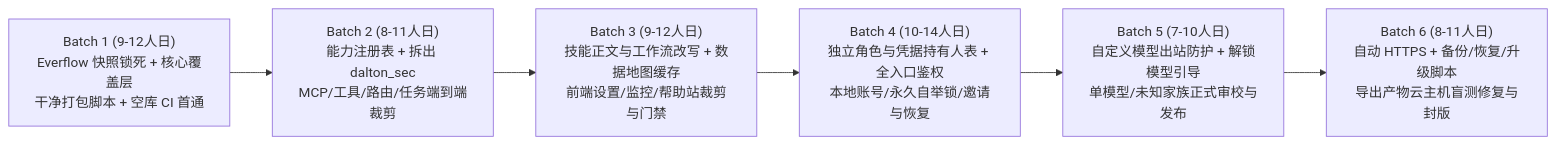
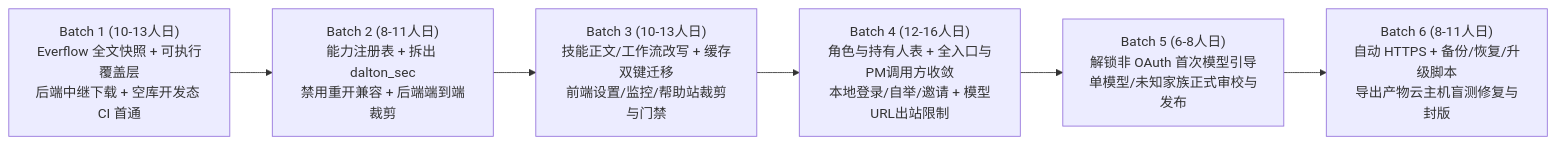
Before and after one commit to everflowinv/dalton-langalpha: the third of 3 diagrams in docs/dalton/features/standalone-core.md, drawn with Mermaid. The commit also changed other lines of this file, not shown here.

````diff
--- a/docs/dalton/features/standalone-core.md
+++ b/docs/dalton/features/standalone-core.md
@@ -368,8 +367,8 @@
 ```mermaid
 flowchart LR
-    B1["Batch 1 (9-12人日)<br/>Everflow 快照锁死 + 核心覆盖层<br/>干净打包脚本 + 空库 CI 首通"] --> B2["Batch 2 (8-11人日)<br/>能力注册表 + 拆出 dalton_sec<br/>MCP/工具/路由/任务端到端裁剪"]
-    B2 --> B3["Batch 3 (9-12人日)<br/>技能正文与工作流改写 + 数据地图缓存<br/>前端设置/监控/帮助站裁剪与门禁"]
-    B3 --> B4["Batch 4 (10-14人日)<br/>独立角色与凭据持有人表 + 全入口鉴权<br/>本地账号/永久自举锁/邀请与恢复"]
-    B4 --> B5["Batch 5 (7-10人日)<br/>自定义模型出站防护 + 解锁模型引导<br/>单模型/未知家族正式审校与发布"]
+    B1["Batch 1 (10-13人日)<br/>Everflow 全文快照 + 可执行覆盖层<br/>后端中继下载 + 空库开发态 CI 首通"] --> B2["Batch 2 (8-11人日)<br/>能力注册表 + 拆出 dalton_sec<br/>禁用重开兼容 + 后端端到端裁剪"]
+    B2 --> B3["Batch 3 (10-13人日)<br/>技能正文/工作流改写 + 缓存双键迁移<br/>前端设置/监控/帮助站裁剪与门禁"]
+    B3 --> B4["Batch 4 (12-16人日)<br/>角色与持有人表 + 全入口与PM调用方收敛<br/>本地登录/自举/邀请 + 模型URL出站限制"]
+    B4 --> B5["Batch 5 (6-8人日)<br/>解锁非 OAuth 首次模型引导<br/>单模型/未知家族正式审校与发布"]
     B5 --> B6["Batch 6 (8-11人日)<br/>自动 HTTPS + 备份/恢复/升级脚本<br/>导出产物云主机盲测修复与封版"]
 ```
````
